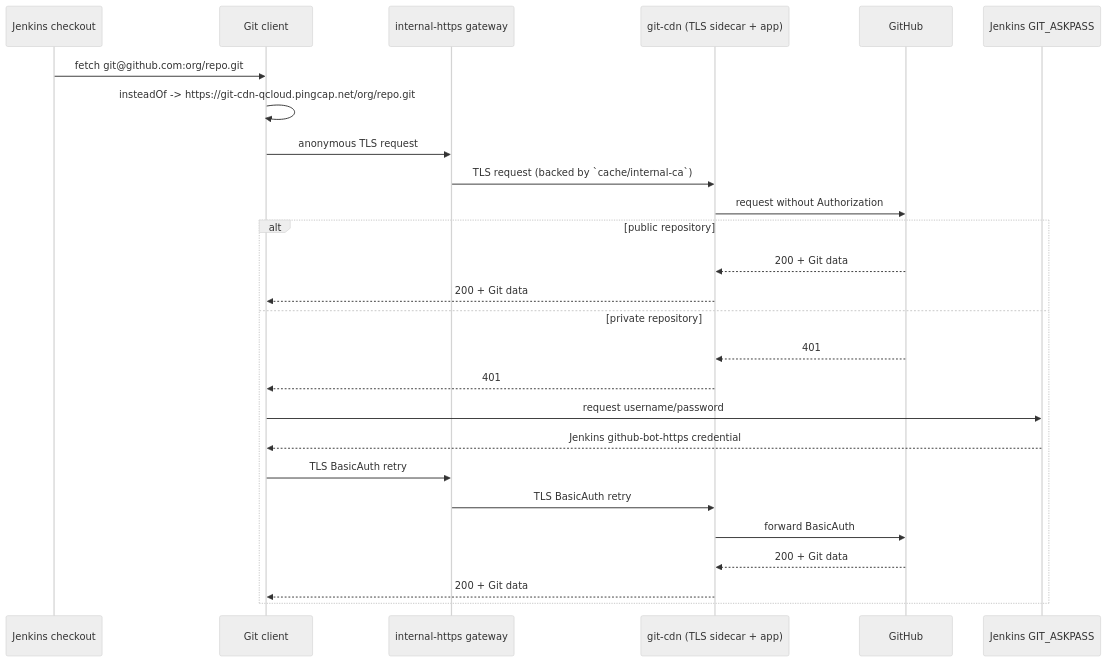
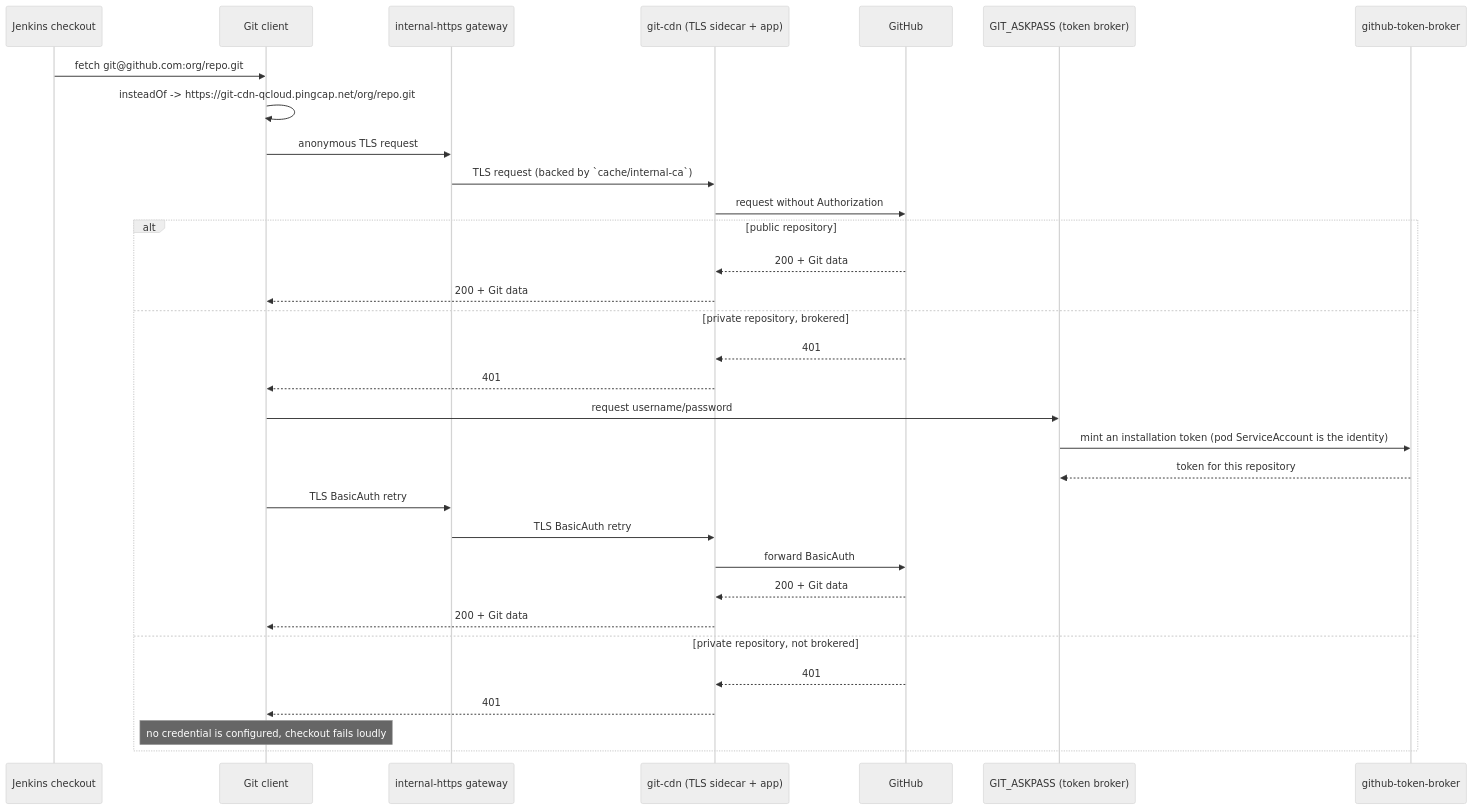
Before and after one commit to PingCAP-QE/ee-ops: the second of 2 diagrams in docs/git-cdn-jenkins-auth.md, drawn with Mermaid (neutral theme). The commit also changed other lines of this file and 5 other files, not shown here.

First line of the commit message:
chore(tencentcloud): retire the plaintext git-cdn credential and port (#2929)

````diff
--- a/docs/git-cdn-jenkins-auth.md
+++ b/docs/git-cdn-jenkins-auth.md
@@ -69,29 +69,35 @@
 ```mermaid
 sequenceDiagram
     participant Job as Jenkins checkout
     participant Git as Git client
     participant GW as internal-https gateway
     participant CDN as git-cdn (TLS sidecar + app)
     participant GH as GitHub
-    participant AP as Jenkins GIT_ASKPASS
+    participant AP as GIT_ASKPASS (token broker)
+    participant TB as github-token-broker
 
     Job->>Git: fetch git@github.com:org/repo.git
     Git->>Git: insteadOf -> https://git-cdn-qcloud.pingcap.net/org/repo.git
     Git->>GW: anonymous TLS request
     GW->>CDN: TLS request (backed by `cache/internal-ca`)
     CDN->>GH: request without Authorization
     alt public repository
         GH-->>CDN: 200 + Git data
         CDN-->>Git: 200 + Git data
-    else private repository
+    else private repository, brokered
         GH-->>CDN: 401
         CDN-->>Git: 401
         Git->>AP: request username/password
-        AP-->>Git: Jenkins github-bot-https credential
+        AP->>TB: mint an installation token (pod ServiceAccount is the identity)
+        TB-->>AP: token for this repository
         Git->>GW: TLS BasicAuth retry
         GW->>CDN: TLS BasicAuth retry
         CDN->>GH: forward BasicAuth
         GH-->>CDN: 200 + Git data
         CDN-->>Git: 200 + Git data
+    else private repository, not brokered
+        GH-->>CDN: 401
+        CDN-->>Git: 401
+        Note over Git: no credential is configured, checkout fails loudly
     end
 ```
````
